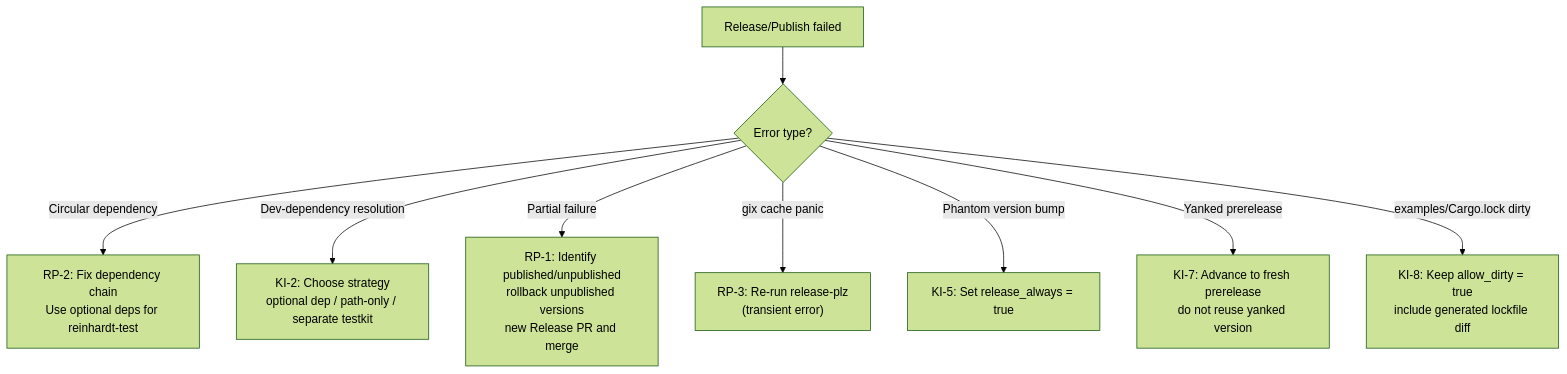
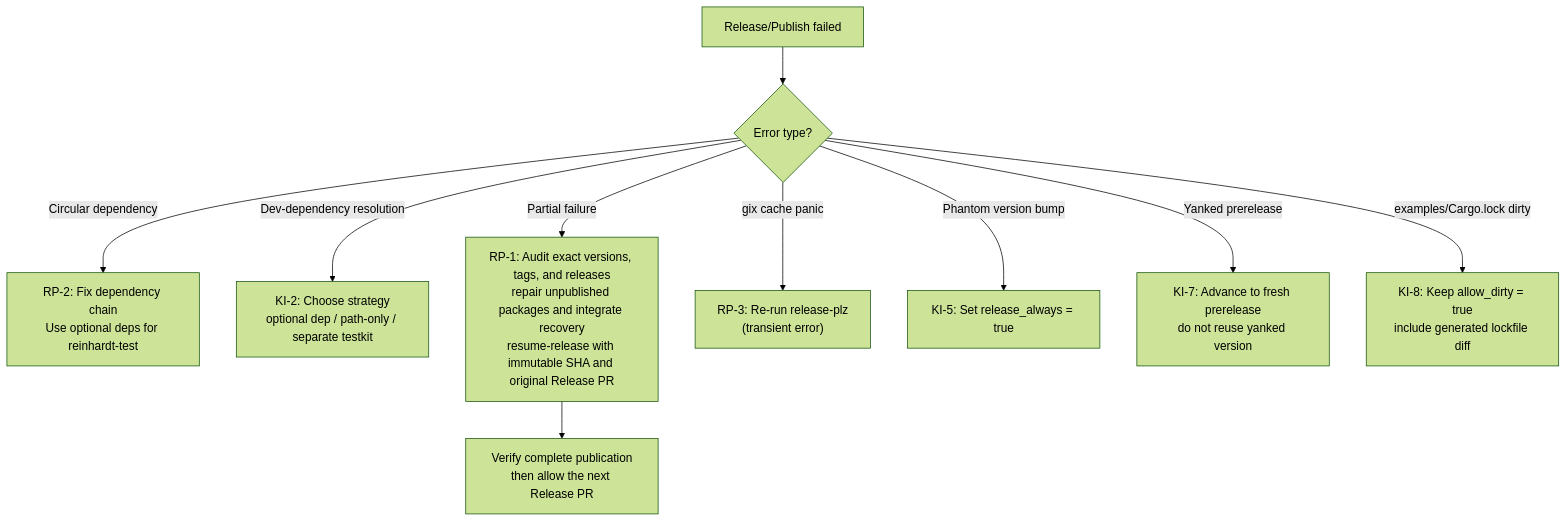
One commit to kent8192/reinhardt-web changed the third of 3 diagrams in instructions/RELEASE_PROCESS.md. Above: the diagram before and after it, drawn with Mermaid (forest theme).

Commit message:
docs(release): align partial failure diagnosis with verified recovery
Route partial publication failures through resume-release using the immutable recovery SHA and original Release PR. Require complete publication reconciliation before creating the next Release PR.

🤖 Generated with [Codex](https://openai.com/codex/)

````diff
--- a/instructions/RELEASE_PROCESS.md
+++ b/instructions/RELEASE_PROCESS.md
@@ -532,11 +532,12 @@
 ```mermaid
 flowchart TD
     A[Release/Publish failed] --> B{Error type?}
     B -->|Circular dependency| C["RP-2: Fix dependency chain<br/>Use optional deps for reinhardt-test"]
     B -->|Dev-dependency resolution| D["KI-2: Choose strategy<br/>optional dep / path-only / separate testkit"]
-    B -->|Partial failure| E["RP-1: Identify published/unpublished<br/>rollback unpublished versions<br/>new Release PR and merge"]
+    B -->|Partial failure| E["RP-1: Audit exact versions, tags, and releases<br/>repair unpublished packages and integrate recovery<br/>resume-release with immutable SHA and original Release PR"]
+    E --> J["Verify complete publication<br/>then allow the next Release PR"]
     B -->|gix cache panic| F["RP-3: Re-run release-plz<br/>(transient error)"]
     B -->|Phantom version bump| G["KI-5: Set release_always = true"]
     B -->|Yanked prerelease| H["KI-7: Advance to fresh prerelease<br/>do not reuse yanked version"]
     B -->|examples/Cargo.lock dirty| I["KI-8: Keep allow_dirty = true<br/>include generated lockfile diff"]
 ```
````
